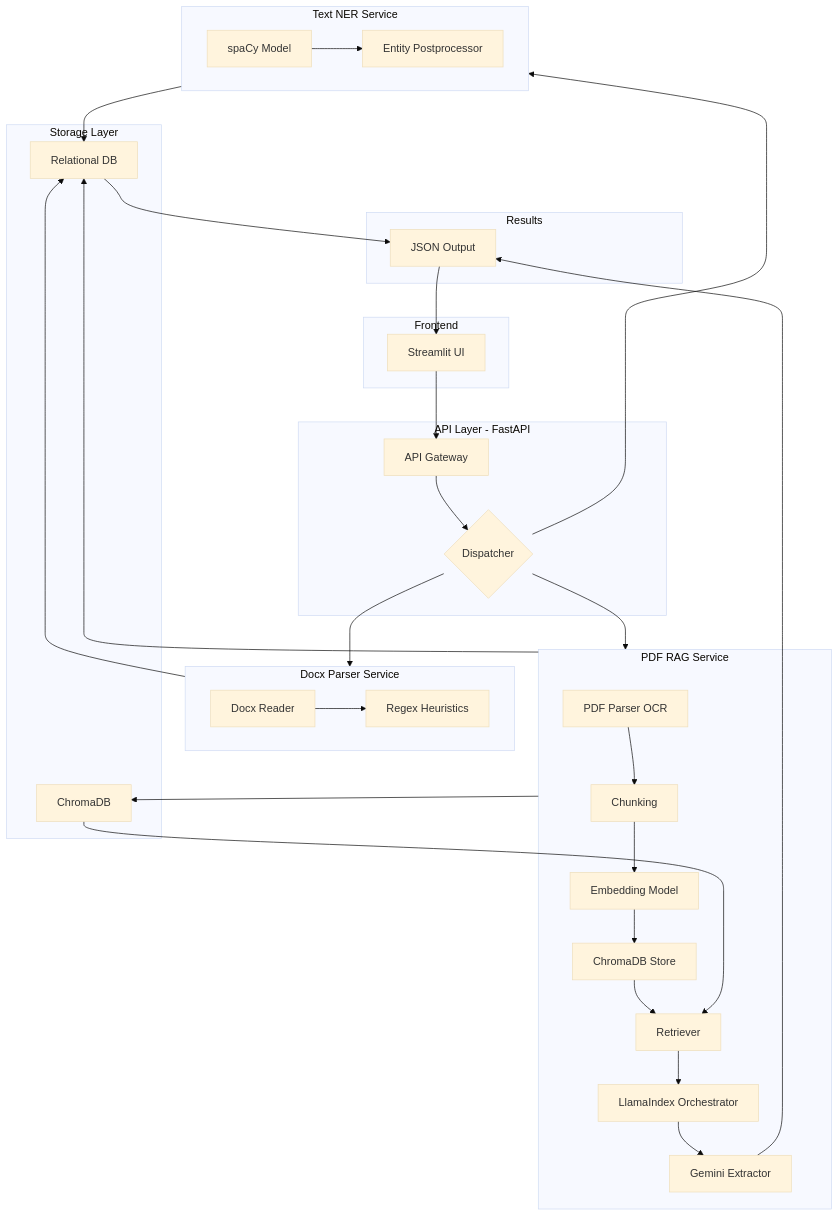
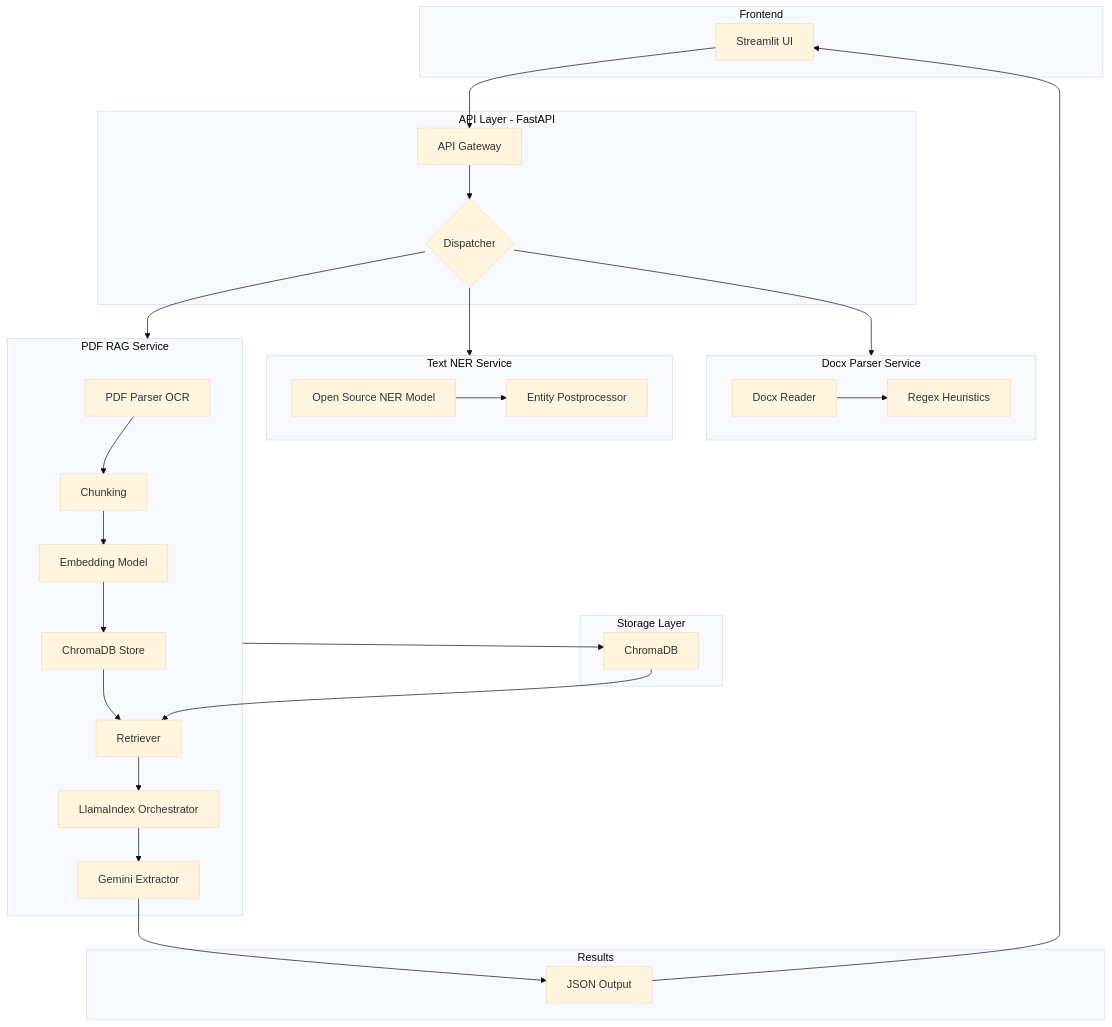
One commit to styloo007/TFOC-CaseStudy-Assignment changed the diagram in readme.md. Above: the diagram before and after it, drawn with Mermaid (base theme). The commit also changed other lines of this file and 7 other files, not shown here.

````diff
--- a/readme.md
+++ b/readme.md
@@ -25,60 +25,55 @@
 ```mermaid
 flowchart TB
   subgraph UI[Frontend]
     A[Streamlit UI]
   end
 
   subgraph API[API Layer - FastAPI]
     B[API Gateway]
     C{Dispatcher}
   end
 
   subgraph DocxFlow[Docx Parser Service]
     D1a[Docx Reader]
     D1b[Regex Heuristics]
     D1a --> D1b
   end
 
   subgraph TextFlow[Text NER Service]
-    D2a[spaCy Model]
+    D2a[Open Source NER Model]
     D2b[Entity Postprocessor]
     D2a --> D2b
   end
 
   subgraph PDFFlow[PDF RAG Service]
     P1[PDF Parser OCR]
     P2[Chunking]
     P3[Embedding Model]
     P4[ChromaDB Store]
     P5[Retriever]
     P6[LlamaIndex Orchestrator]
     P7[Gemini Extractor]
     P1 --> P2 --> P3 --> P4
     P5 --> P6 --> P7
     P4 --> P5
   end
 
   subgraph Storage[Storage Layer]
-    DB[Relational DB]
     V[ChromaDB]
   end
 
   subgraph Output[Results]
     O[JSON Output]
   end
 
   A --> B --> C
   C --> DocxFlow
   C --> TextFlow
   C --> PDFFlow
 
-  DocxFlow --> DB
-  TextFlow --> DB
-  PDFFlow --> DB
   PDFFlow --> V
   V --> P5
 
-  DB --> O
   P7 --> O
   O --> A
 ```
````
